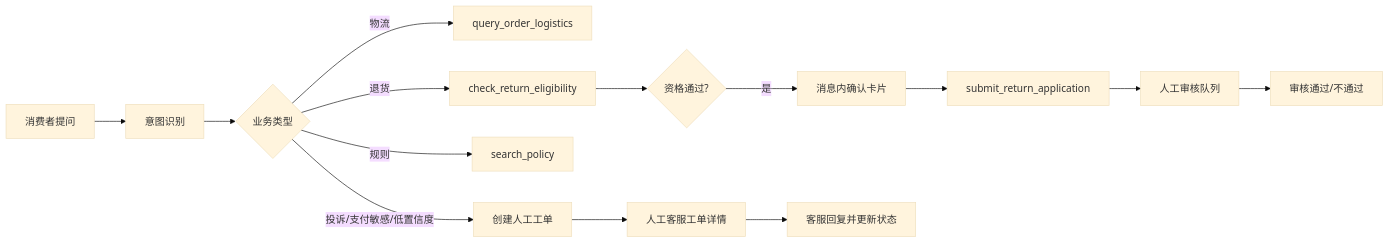
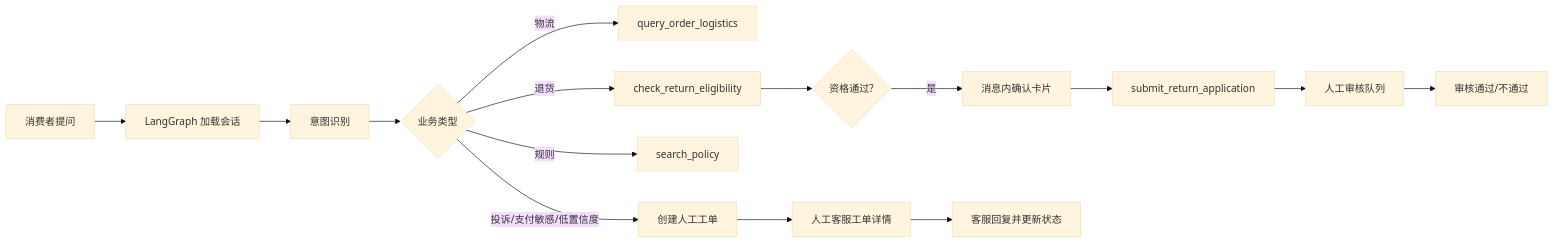
Before and after one commit to jonji886/ai-support-delivery: the diagram in README.md, drawn with Mermaid (base theme). The commit also changed other lines of this file and 34 other files, not shown here.

````diff
--- a/README.md
+++ b/README.md
@@ -153,16 +176,17 @@
 ```mermaid
 flowchart LR
-    A[消费者提问] --> B[意图识别]
+    A[消费者提问] --> S[LangGraph 加载会话]
+    S --> B[意图识别]
     B --> C{业务类型}
     C -->|物流| D[query_order_logistics]
     C -->|退货| E[check_return_eligibility]
     C -->|规则| F[search_policy]
     C -->|投诉/支付敏感/低置信度| G[创建人工工单]
     E --> H{资格通过?}
     H -->|是| I[消息内确认卡片]
     I --> J[submit_return_application]
     J --> K[人工审核队列]
     K --> L[审核通过/不通过]
     G --> M[人工客服工单详情]
     M --> N[客服回复并更新状态]
 ```
````
